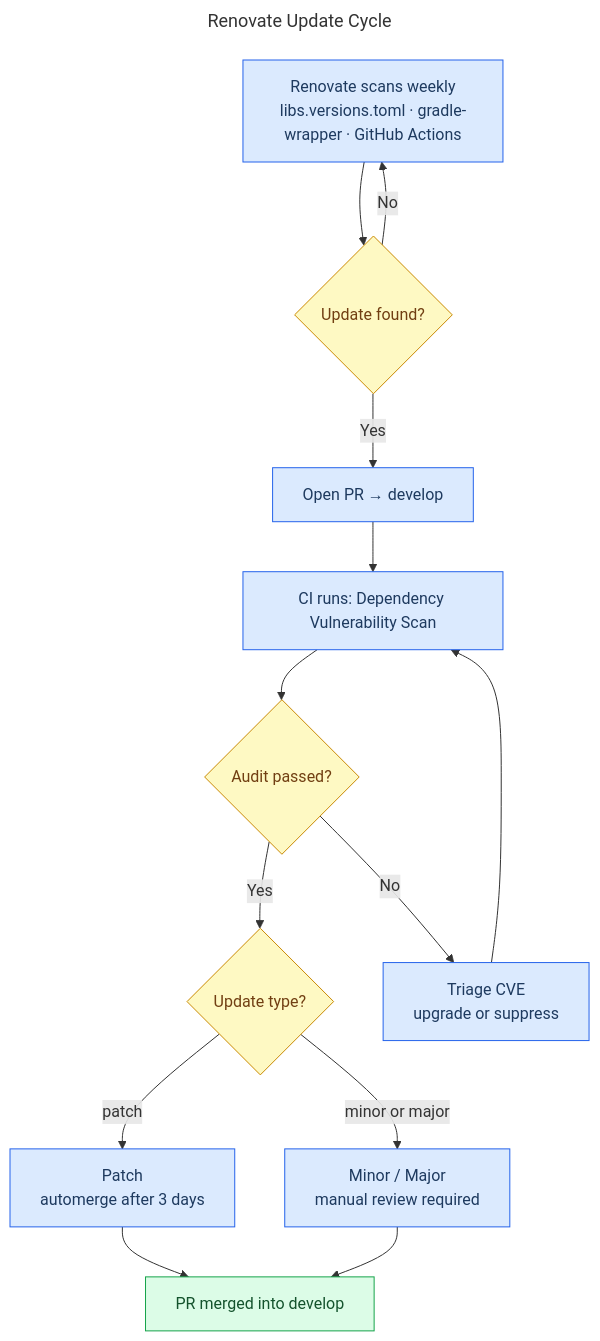
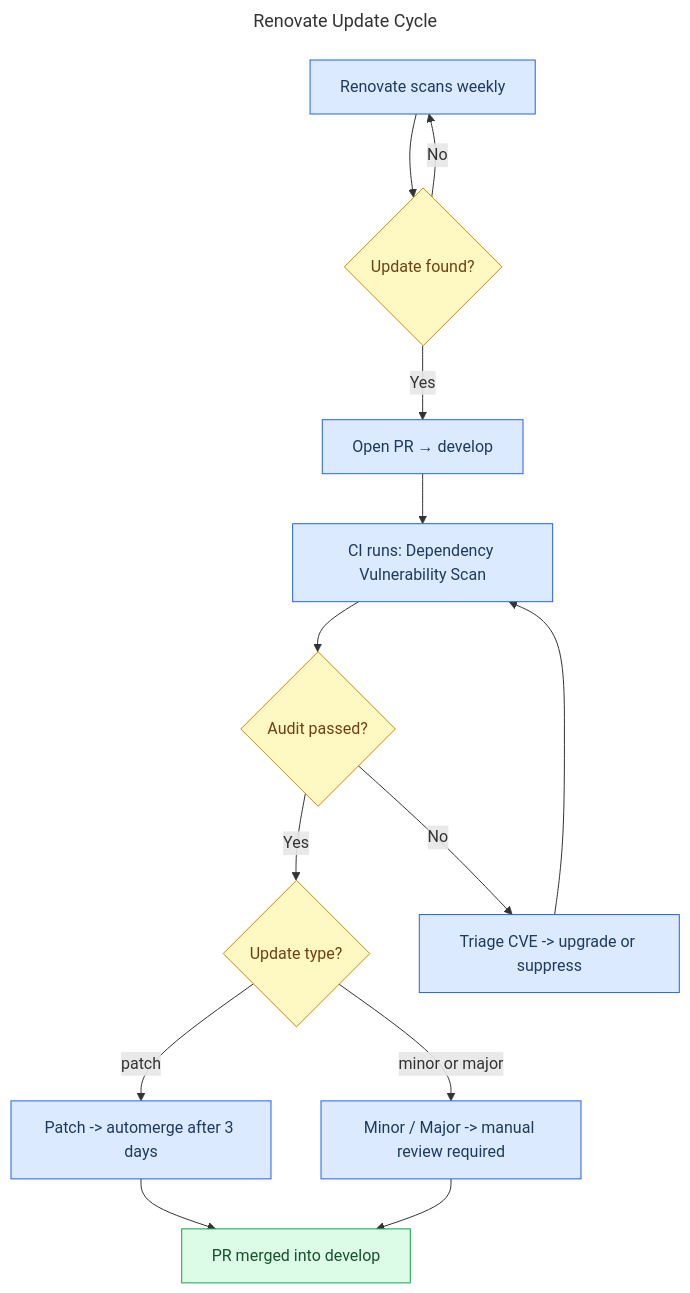
One commit to alopesmendes/TodoistIA changed the diagram in docs/technical/dependency-management.md. Above: the diagram before and after it, drawn with Mermaid. The commit also changed other lines of this file and 33 other files, not shown here.

````diff
--- a/docs/technical/dependency-management.md
+++ b/docs/technical/dependency-management.md
@@ -18,37 +18,37 @@
 ```mermaid
 ---
 title: Renovate Update Cycle
 ---
 flowchart TD
-    A["Renovate scans weekly\nlibs.versions.toml · gradle-wrapper · GitHub Actions"]
+    A["Renovate scans weekly"]
     B{"Update found?"}
     C["Open PR → develop"]
     D["CI runs: Dependency Vulnerability Scan"]
     E{"Audit passed?"}
     F{"Update type?"}
-    G["Patch\nautomerge after 3 days"]
-    H["Minor / Major\nmanual review required"]
+    G["Patch -> automerge after 3 days"]
+    H["Minor / Major -> manual review required"]
     I["PR merged into develop"]
-    J["Triage CVE\nupgrade or suppress"]
+    J["Triage CVE -> upgrade or suppress"]
 
     A --> B
     B -->|No| A
     B -->|Yes| C
     C --> D
     D --> E
     E -->|No| J
     J --> D
     E -->|Yes| F
     F -->|patch| G
     F -->|minor or major| H
     G --> I
     H --> I
 
     classDef action fill:#dbeafe,stroke:#2563eb,color:#1e3a5f
     classDef decision fill:#fef9c3,stroke:#ca8a04,color:#713f12
     classDef terminal fill:#dcfce7,stroke:#16a34a,color:#14532d
 
     class A,C,D,G,H,J action
     class B,E,F decision
     class I terminal
 ```
````
